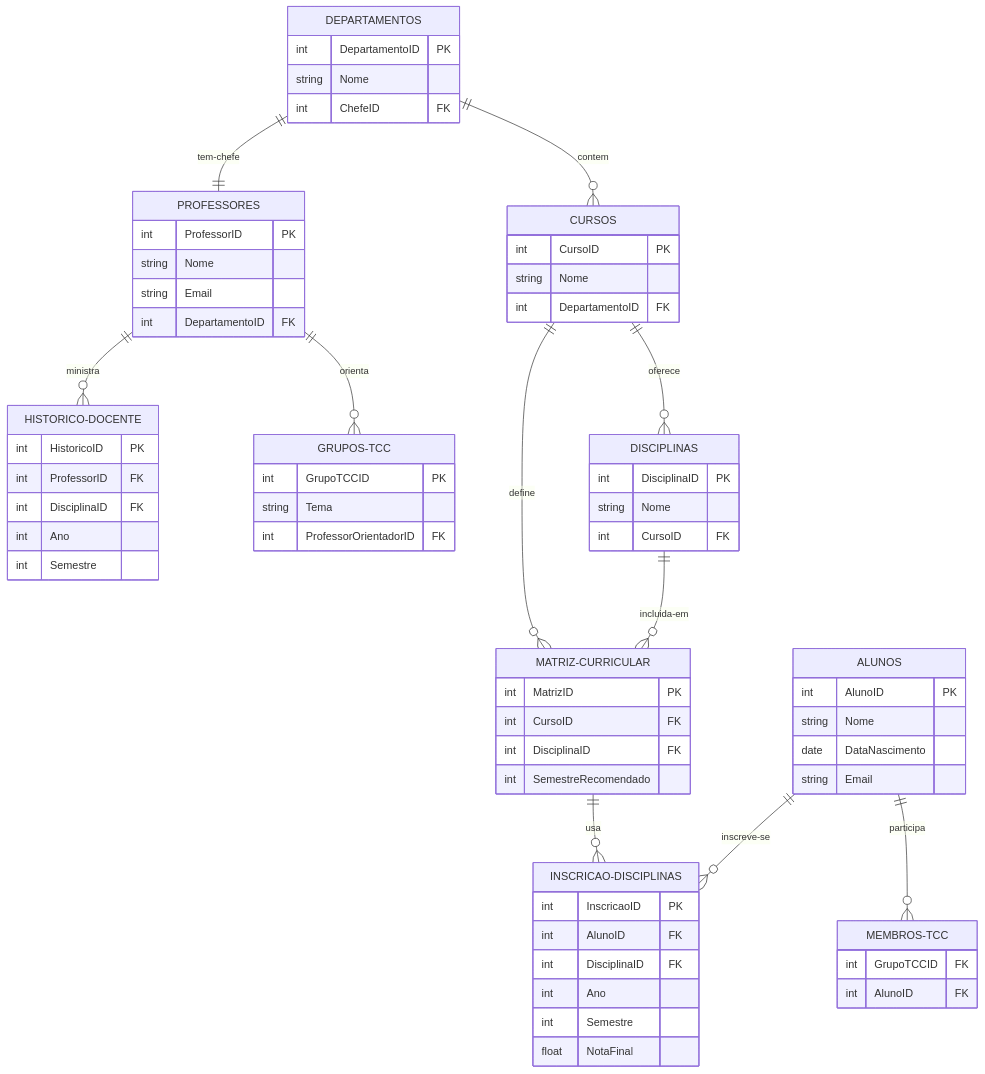
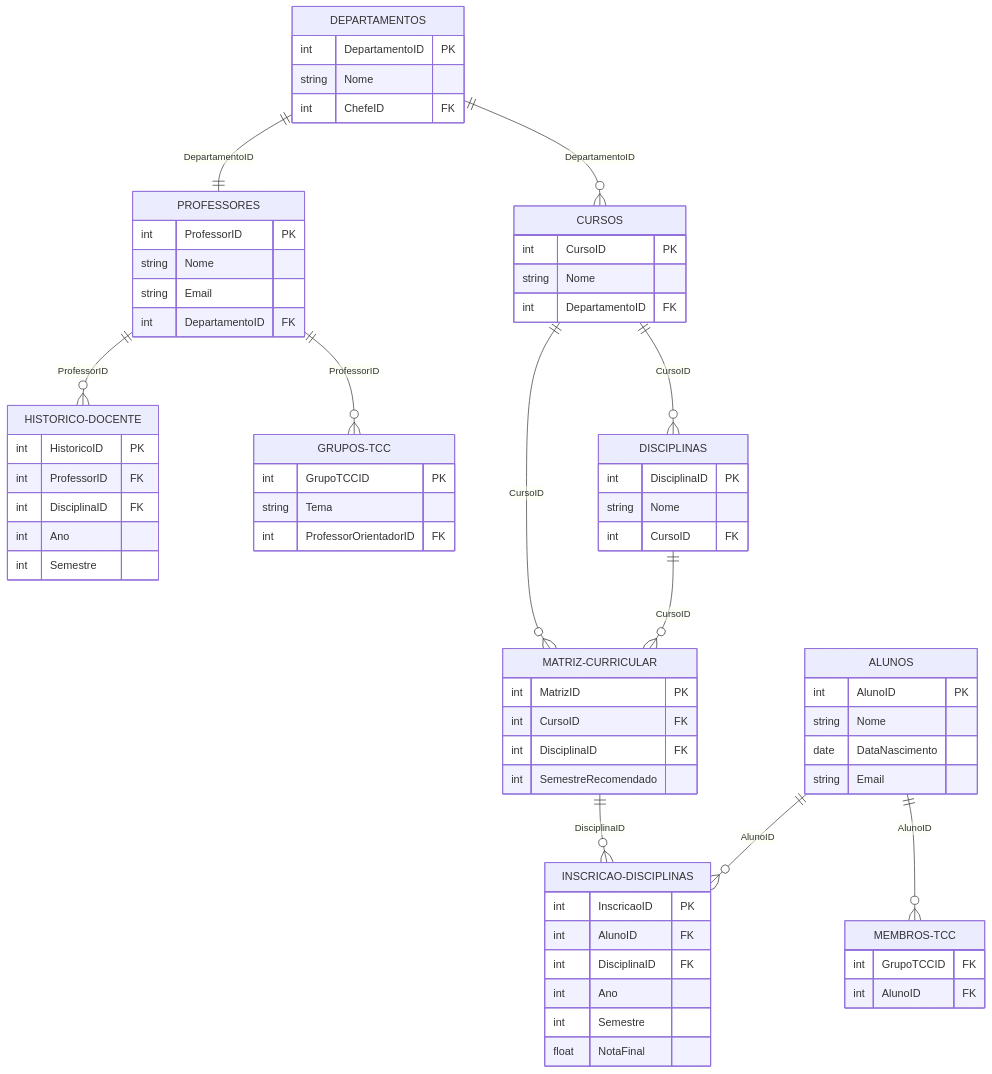
The diagram in README.md (guilherme541/Projeto-DB), drawn with Mermaid before and after one commit.

````diff
--- a/README.md
+++ b/README.md
@@ -10,80 +10,80 @@
 ```mermaid
 erDiagram
-    ALUNOS ||--o{ INSCRICAO-DISCIPLINAS : inscreve-se
-    ALUNOS ||--o{ MEMBROS-TCC : participa
-    PROFESSORES ||--o{ HISTORICO-DOCENTE : ministra
-    PROFESSORES ||--o{ GRUPOS-TCC : orienta
-    DEPARTAMENTOS ||--|| PROFESSORES : tem-chefe
-    DEPARTAMENTOS ||--o{ CURSOS : contem
-    CURSOS ||--o{ DISCIPLINAS : oferece
-    DISCIPLINAS ||--o{ MATRIZ-CURRICULAR : incluida-em
-    CURSOS ||--o{ MATRIZ-CURRICULAR : define
-    MATRIZ-CURRICULAR ||--o{ INSCRICAO-DISCIPLINAS : usa
+    ALUNOS ||--o{ INSCRICAO-DISCIPLINAS : AlunoID
+    ALUNOS ||--o{ MEMBROS-TCC : AlunoID
+    PROFESSORES ||--o{ HISTORICO-DOCENTE : ProfessorID
+    PROFESSORES ||--o{ GRUPOS-TCC : ProfessorID
+    DEPARTAMENTOS ||--|| PROFESSORES : DepartamentoID
+    DEPARTAMENTOS ||--o{ CURSOS : DepartamentoID
+    CURSOS ||--o{ DISCIPLINAS : CursoID
+    DISCIPLINAS ||--o{ MATRIZ-CURRICULAR : CursoID
+    CURSOS ||--o{ MATRIZ-CURRICULAR : CursoID
+    MATRIZ-CURRICULAR ||--o{ INSCRICAO-DISCIPLINAS : DisciplinaID
 
     ALUNOS {
         int AlunoID PK
         string Nome
         date DataNascimento
         string Email
     }
 
     PROFESSORES {
         int ProfessorID PK
         string Nome
         string Email
         int DepartamentoID FK
     }
 
     DEPARTAMENTOS {
         int DepartamentoID PK
         string Nome
         int ChefeID FK
     }
 
     CURSOS {
         int CursoID PK
         string Nome
         int DepartamentoID FK
     }
 
     DISCIPLINAS {
         int DisciplinaID PK
         string Nome
         int CursoID FK
     }
 
     MATRIZ-CURRICULAR {
         int MatrizID PK
         int CursoID FK
         int DisciplinaID FK
         int SemestreRecomendado
     }
 
     INSCRICAO-DISCIPLINAS {
         int InscricaoID PK
         int AlunoID FK
         int DisciplinaID FK
         int Ano
         int Semestre
         float NotaFinal
     }
 
     HISTORICO-DOCENTE {
         int HistoricoID PK
         int ProfessorID FK
         int DisciplinaID FK
         int Ano
         int Semestre
     }
 
     GRUPOS-TCC {
         int GrupoTCCID PK
         string Tema
         int ProfessorOrientadorID FK
     }
 
     MEMBROS-TCC {
         int GrupoTCCID FK
         int AlunoID FK
     }
 ```
````
